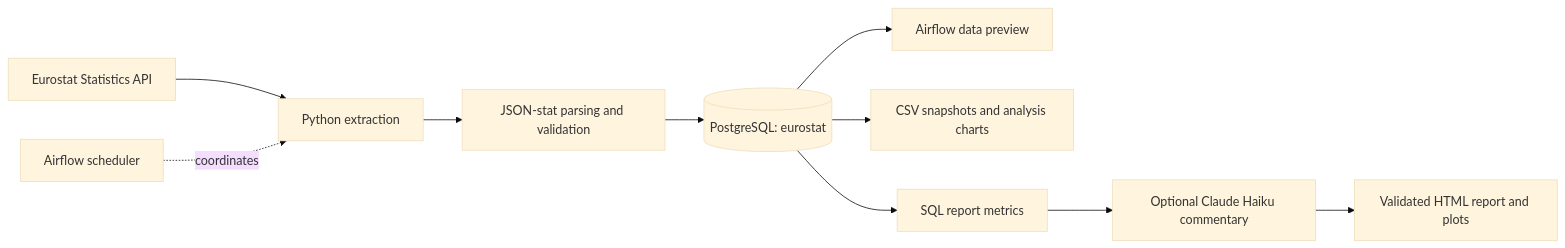
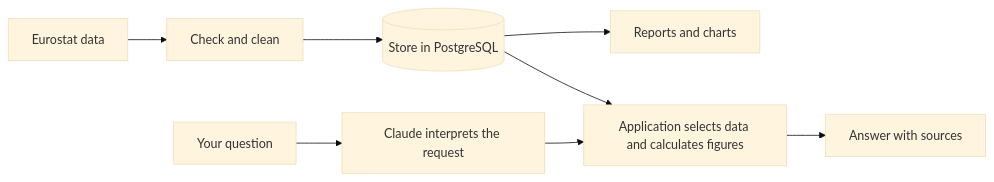
The diagram in README.md (hassanzafarr/eurostat-etl-airflow), drawn with Mermaid (base theme) before and after one commit. The commit also changed other lines of this file and 1 other file, not shown here.

````diff
--- a/README.md
+++ b/README.md
@@ -21,12 +84,10 @@
 ```mermaid
 flowchart LR
-    E[Eurostat Statistics API] --> X[Python extraction]
-    X --> V[JSON-stat parsing and validation]
-    V --> P[(PostgreSQL: eurostat)]
-    P --> L[Airflow data preview]
-    P --> C[CSV snapshots and analysis charts]
-    P --> M[SQL report metrics]
-    M --> H[Optional Claude Haiku commentary]
-    H --> R[Validated HTML report and plots]
-    A[Airflow scheduler] -. coordinates .-> X
+    E[Eurostat data] --> V[Check and clean]
+    V --> D[(Store in PostgreSQL)]
+    D --> R[Reports and charts]
+    Q[Your question] --> C[Claude interprets the request]
+    C --> A[Application selects data and calculates figures]
+    D --> A
+    A --> S[Answer with sources]
 ```
````
